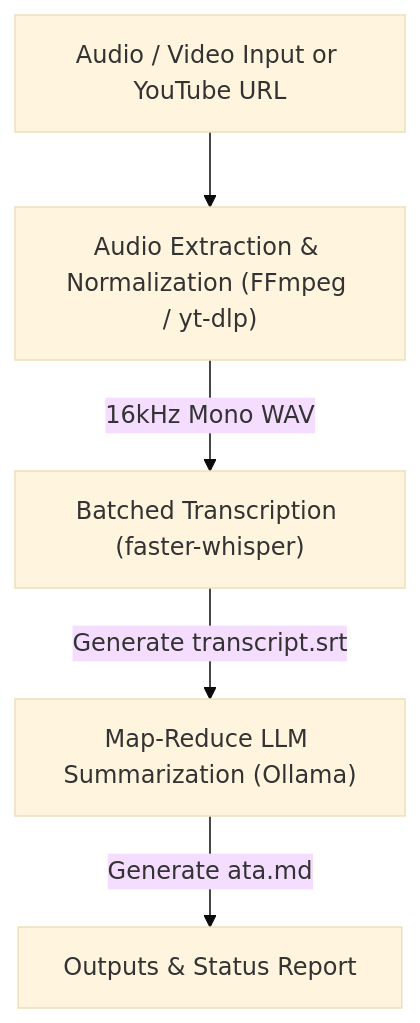
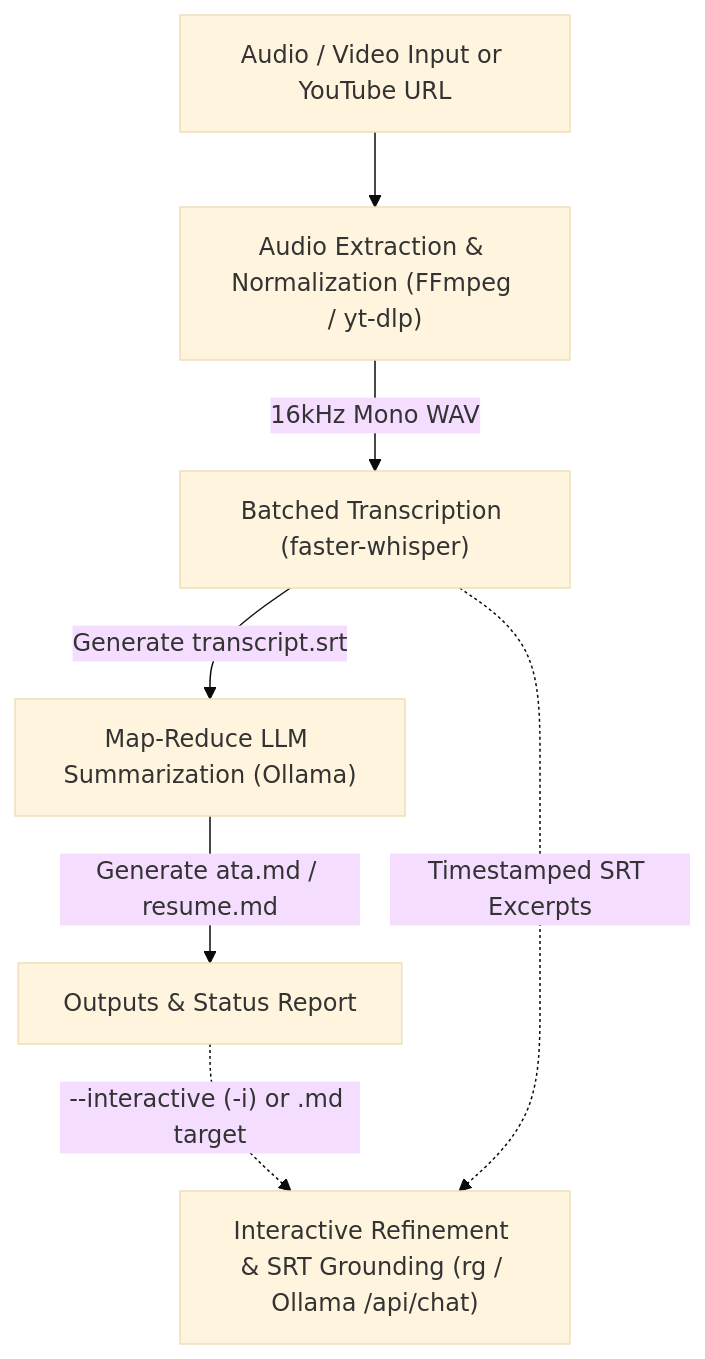
The diagram in README.md (ArtroxGabriel/clerk), drawn with Mermaid (base theme) before and after one commit. The commit also changed other lines of this file and 7 other files, not shown here.

````diff
--- a/README.md
+++ b/README.md
@@ -9,7 +9,9 @@
 ```mermaid
 graph TD
     A["Audio / Video Input or YouTube URL"] --> B["Audio Extraction & Normalization (FFmpeg / yt-dlp)"]
     B -->|"16kHz Mono WAV"| C["Batched Transcription (faster-whisper)"]
     C -->|"Generate transcript.srt"| D["Map-Reduce LLM Summarization (Ollama)"]
-    D -->|"Generate ata.md"| E["Outputs & Status Report"]
+    D -->|"Generate ata.md / resume.md"| E["Outputs & Status Report"]
+    E -.->|"--interactive (-i) or .md target"| F["Interactive Refinement & SRT Grounding (rg / Ollama /api/chat)"]
+    C -.->|"Timestamped SRT Excerpts"| F
 ```
````
